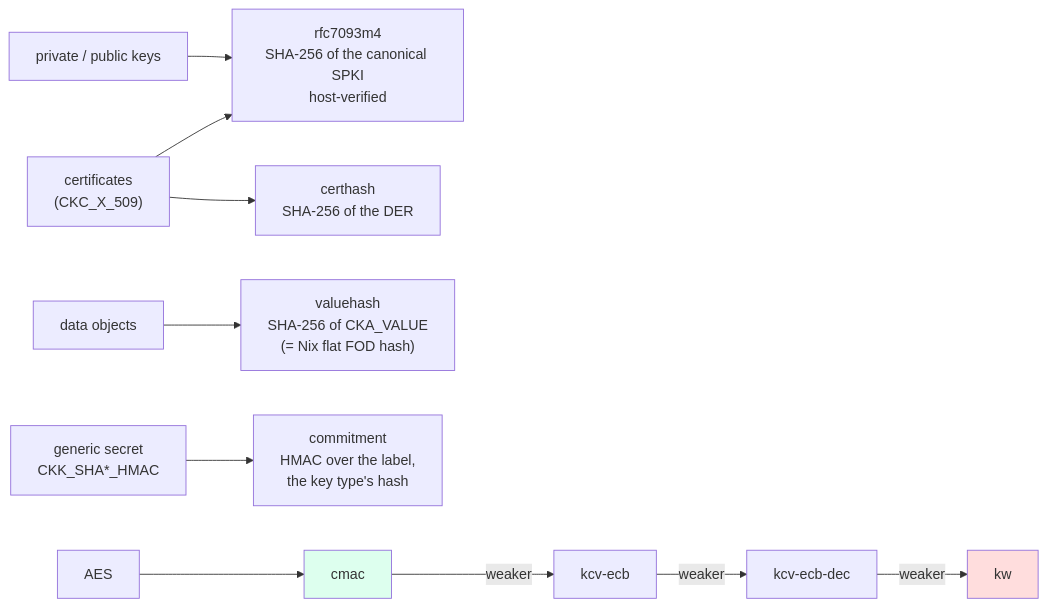
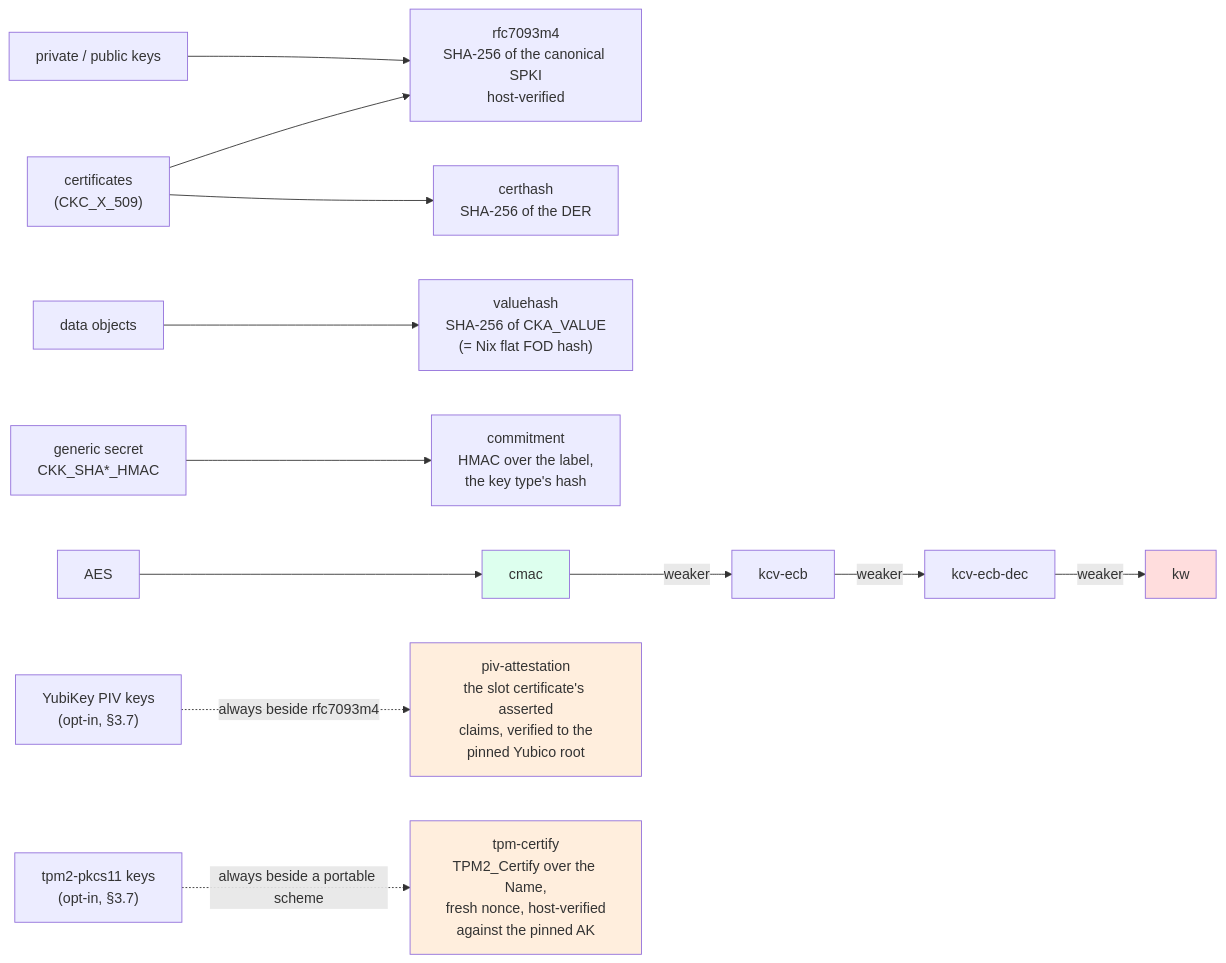
Before and after one commit to Princemachiavelli/cakeys: the fourth of 5 diagrams in docs/diagrams.md, drawn with Mermaid. The commit also changed other lines of this file and 31 other files, not shown here.

````diff
--- a/docs/diagrams.md
+++ b/docs/diagrams.md
@@ -104,14 +104,18 @@
 ```mermaid
 flowchart LR
     PK["private / public keys"] --> R["rfc7093m4<br/>SHA-256 of the canonical SPKI<br/>host-verified"]
     C["certificates<br/>(CKC_X_509)"] --> CH["certhash<br/>SHA-256 of the DER"]
     C --> R
     D["data objects"] --> VH["valuehash<br/>SHA-256 of CKA_VALUE<br/>(= Nix flat FOD hash)"]
     G["generic secret<br/>CKK_SHA*_HMAC"] --> COM["commitment<br/>HMAC over the label,<br/>the key type's hash"]
     A["AES"] --> CM["cmac"]
     CM -- weaker --> K1["kcv-ecb"]
     K1 -- weaker --> K2["kcv-ecb-dec"]
     K2 -- weaker --> KW["kw"]
+    YK["YubiKey PIV keys<br/>(opt-in, §3.7)"] -. "always beside rfc7093m4" .-> PA["piv-attestation<br/>the slot certificate's asserted<br/>claims, verified to the<br/>pinned Yubico root"]
+    TP["tpm2-pkcs11 keys<br/>(opt-in, §3.7)"] -. "always beside a portable scheme" .-> TC["tpm-certify<br/>TPM2_Certify over the Name,<br/>fresh nonce, host-verified<br/>against the pinned AK"]
     style CM fill:#dfe
     style KW fill:#fdd
+    style PA fill:#fed
+    style TC fill:#fed
 ```
````
